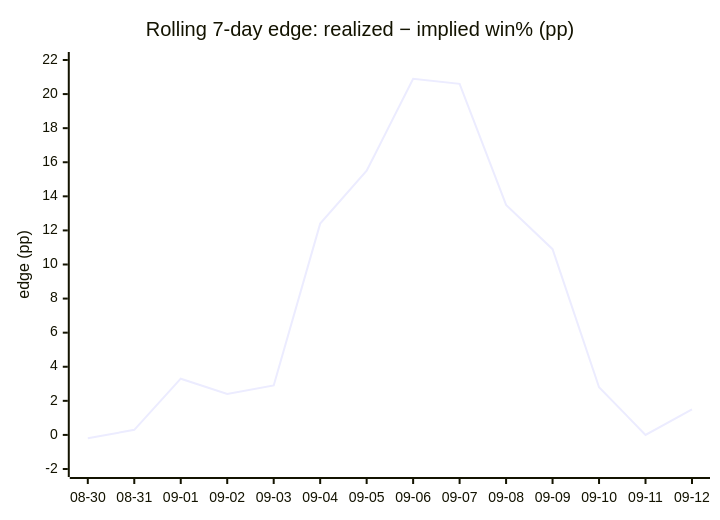
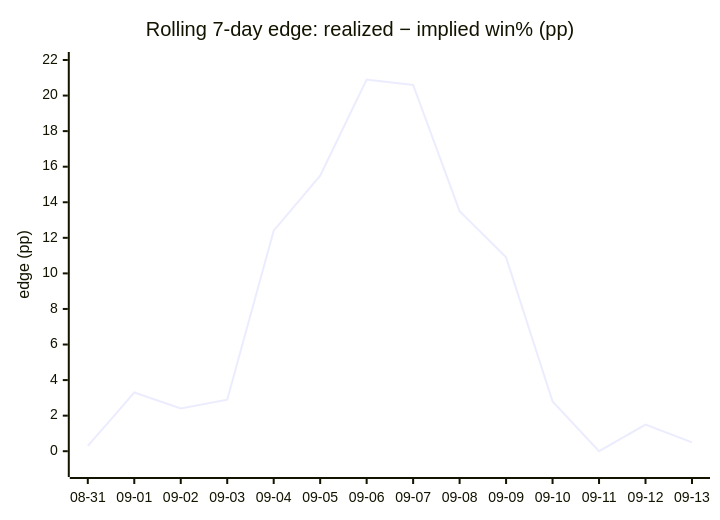
One commit to dpk1212/nhl-savant changed the fourth of 4 diagrams in DAILY_AGSU_REPORT.md. Above: the diagram before and after it, drawn with Mermaid. The commit also changed other lines of this file, not shown here.

````diff
--- a/DAILY_AGSU_REPORT.md
+++ b/DAILY_AGSU_REPORT.md
@@ -879,7 +878,7 @@
 ```mermaid
 xychart-beta
     title "Rolling 7-day edge: realized − implied win% (pp)"
-    x-axis ["08-30", "08-31", "09-01", "09-02", "09-03", "09-04", "09-05", "09-06", "09-07", "09-08", "09-09", "09-10", "09-11", "09-12"]
-    y-axis "edge (pp)" -2 --> 22
-    line [-0.2, 0.3, 3.3, 2.4, 2.9, 12.4, 15.5, 20.9, 20.6, 13.5, 10.9, 2.8, 0, 1.5]
+    x-axis ["08-31", "09-01", "09-02", "09-03", "09-04", "09-05", "09-06", "09-07", "09-08", "09-09", "09-10", "09-11", "09-12", "09-13"]
+    y-axis "edge (pp)" -1 --> 22
+    line [0.3, 3.3, 2.4, 2.9, 12.4, 15.5, 20.9, 20.6, 13.5, 10.9, 2.8, 0, 1.5, 0.5]
 ```
````
